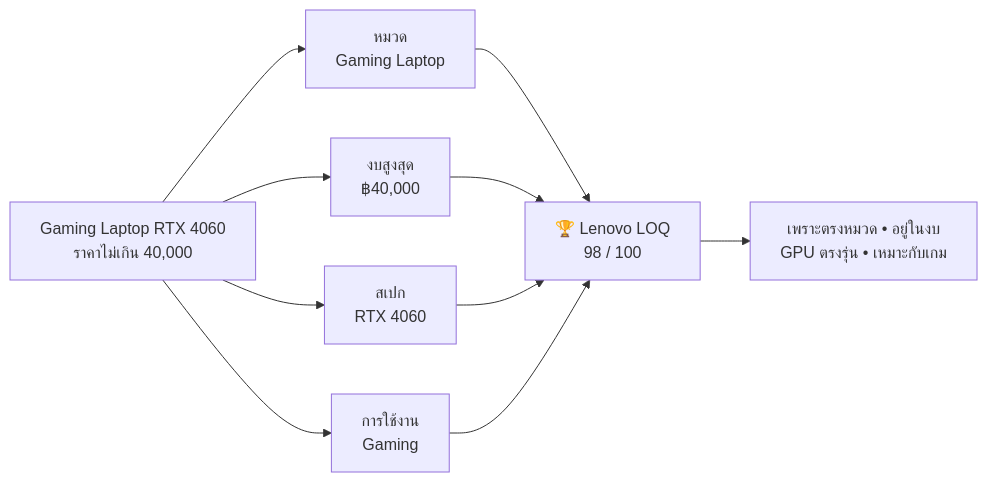
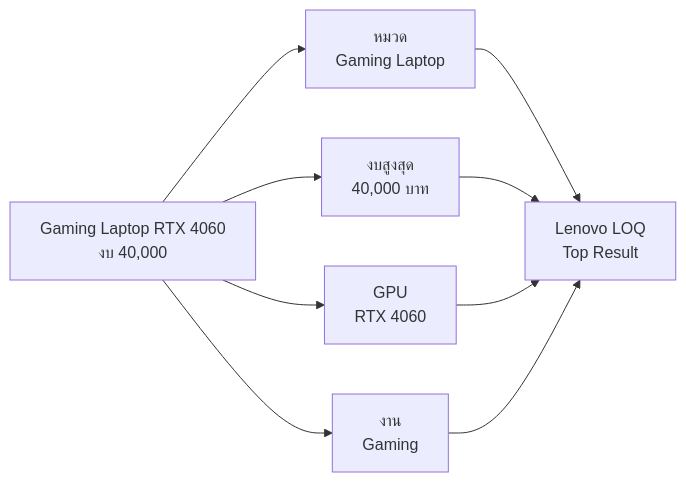
Before and after one commit to mmew018/project-algorithms-prototype-ise: the second of 6 diagrams in README.md, drawn with Mermaid. The commit also changed other lines of this file and 25 other files, not shown here.

````diff
--- a/README.md
+++ b/README.md
@@ -29,13 +39,12 @@
 ```mermaid
 flowchart LR
-    Q["Gaming Laptop RTX 4060<br/>ราคาไม่เกิน 40,000"]
-    Q --> I1["หมวด<br/>Gaming Laptop"]
-    Q --> I2["งบสูงสุด<br/>฿40,000"]
-    Q --> I3["สเปก<br/>RTX 4060"]
-    Q --> I4["การใช้งาน<br/>Gaming"]
-    I1 --> R["🏆 Lenovo LOQ<br/>98 / 100"]
-    I2 --> R
-    I3 --> R
-    I4 --> R
-    R --> WHY["เพราะตรงหมวด • อยู่ในงบ<br/>GPU ตรงรุ่น • เหมาะกับเกม"]
+    Q["Gaming Laptop RTX 4060<br/>งบ 40,000"]
+    Q --> CAT["หมวด<br/>Gaming Laptop"]
+    Q --> BUD["งบสูงสุด<br/>40,000 บาท"]
+    Q --> GPU["GPU<br/>RTX 4060"]
+    Q --> USE["งาน<br/>Gaming"]
+    CAT --> TOP["Lenovo LOQ<br/>Top Result"]
+    BUD --> TOP
+    GPU --> TOP
+    USE --> TOP
 ```
````
